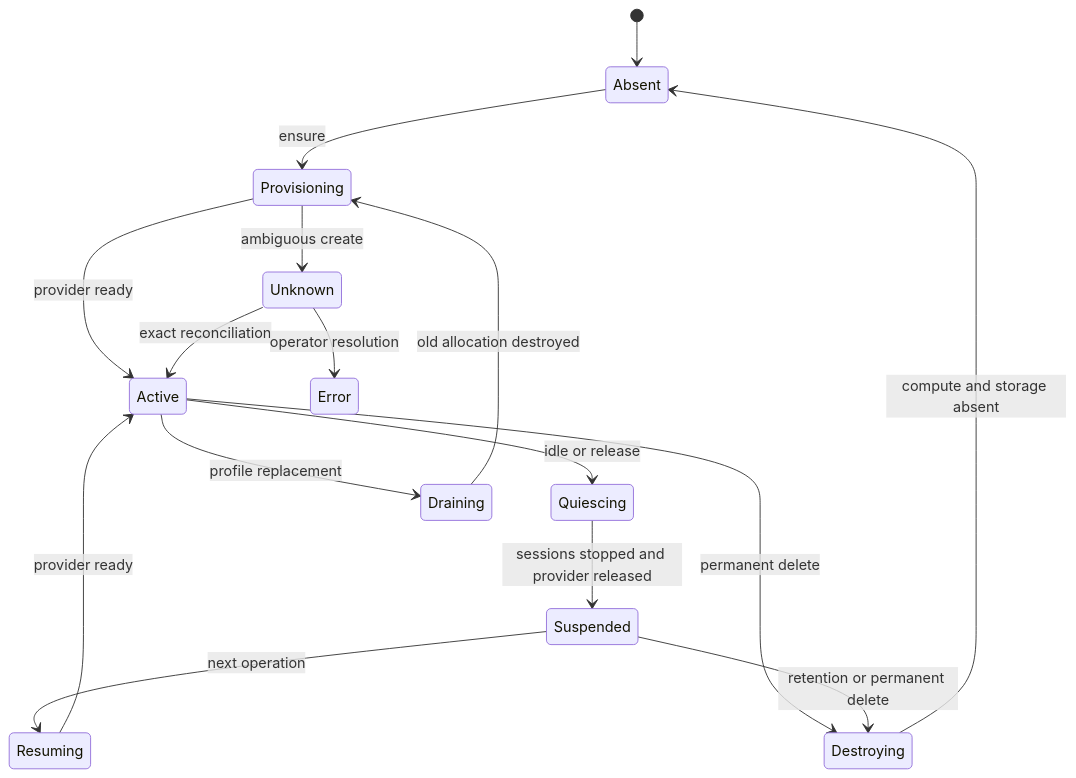
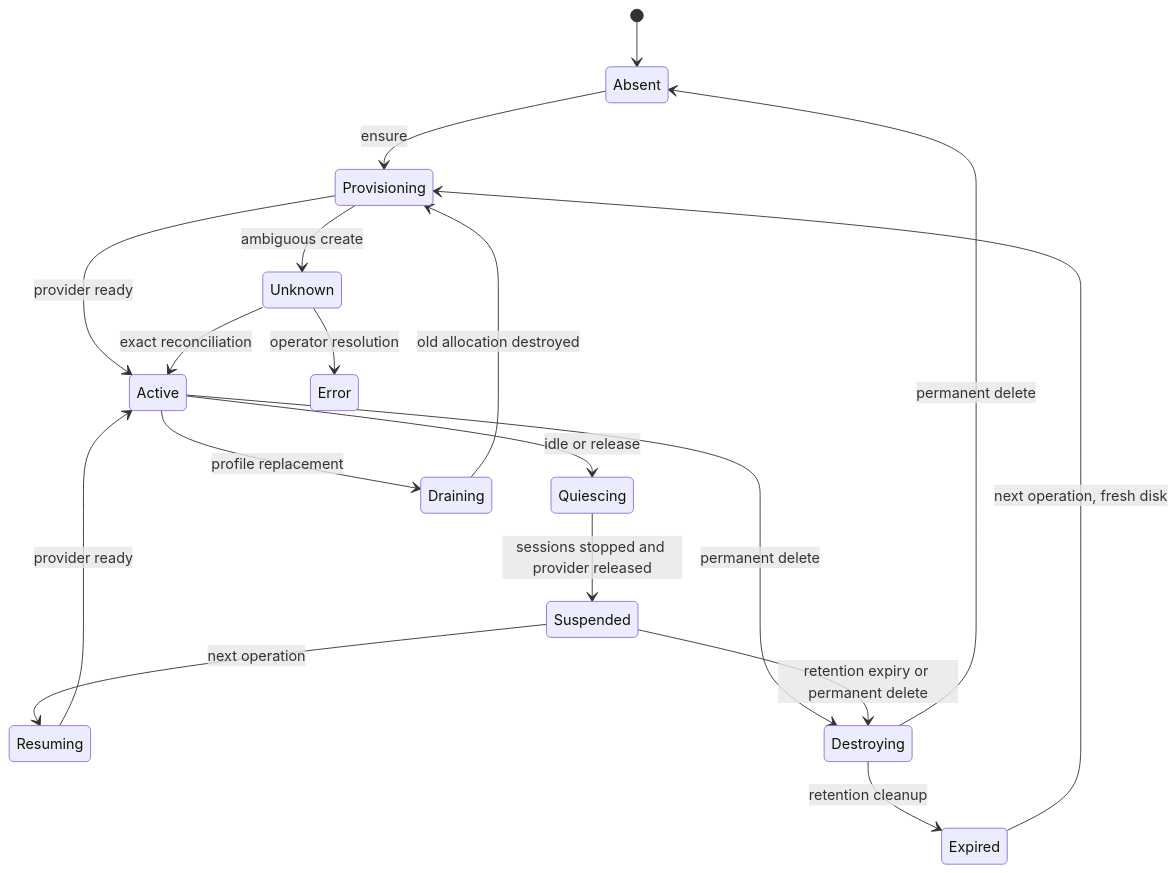
The second of 3 diagrams in docs/design/agentbox/README.md (lemma-work/lemma-platform), drawn with Mermaid before and after one commit. The commit also changed other lines of this file and 23 other files, not shown here.

````diff
--- a/docs/design/agentbox/README.md
+++ b/docs/design/agentbox/README.md
@@ -271,18 +271,20 @@
 ```mermaid
 stateDiagram-v2
     [*] --> Absent
     Absent --> Provisioning: ensure
     Provisioning --> Active: provider ready
     Provisioning --> Unknown: ambiguous create
     Unknown --> Active: exact reconciliation
     Unknown --> Error: operator resolution
     Active --> Quiescing: idle or release
     Quiescing --> Suspended: sessions stopped and provider released
     Suspended --> Resuming: next operation
     Resuming --> Active: provider ready
     Active --> Draining: profile replacement
     Draining --> Provisioning: old allocation destroyed
     Active --> Destroying: permanent delete
-    Suspended --> Destroying: retention or permanent delete
-    Destroying --> Absent: compute and storage absent
+    Suspended --> Destroying: retention expiry or permanent delete
+    Destroying --> Expired: retention cleanup
+    Expired --> Provisioning: next operation, fresh disk
+    Destroying --> Absent: permanent delete
 ```
````
